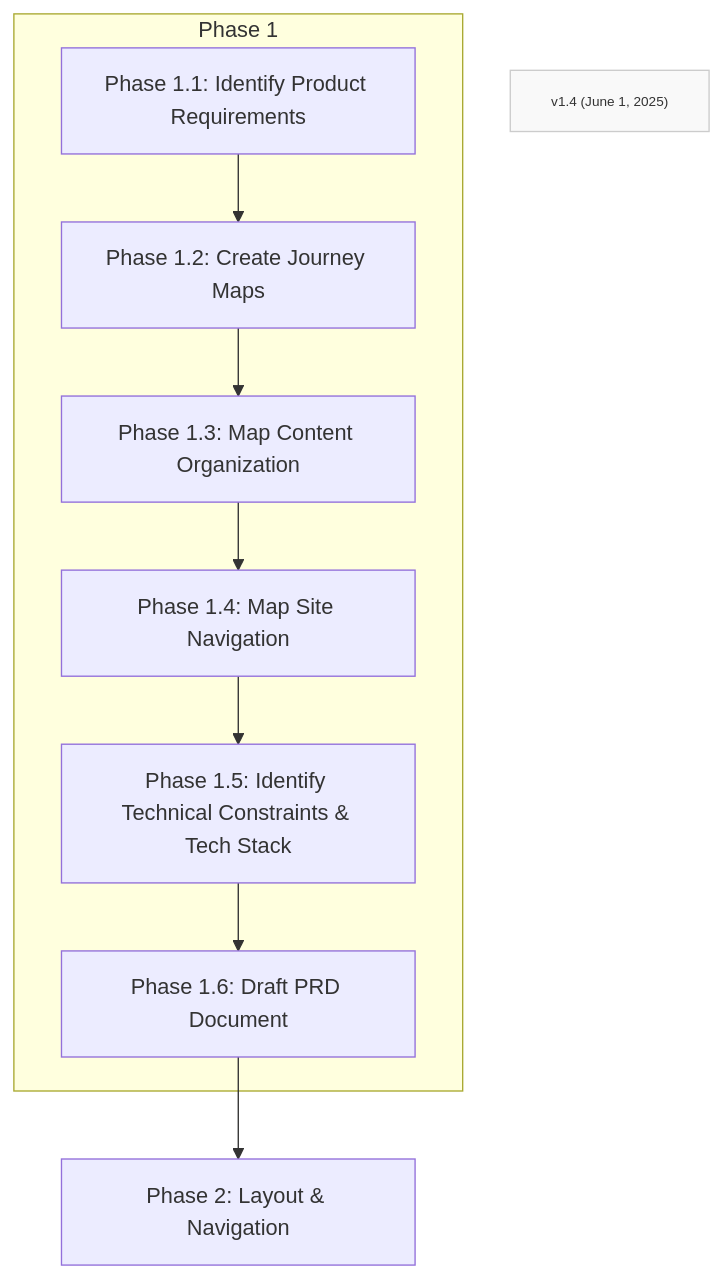
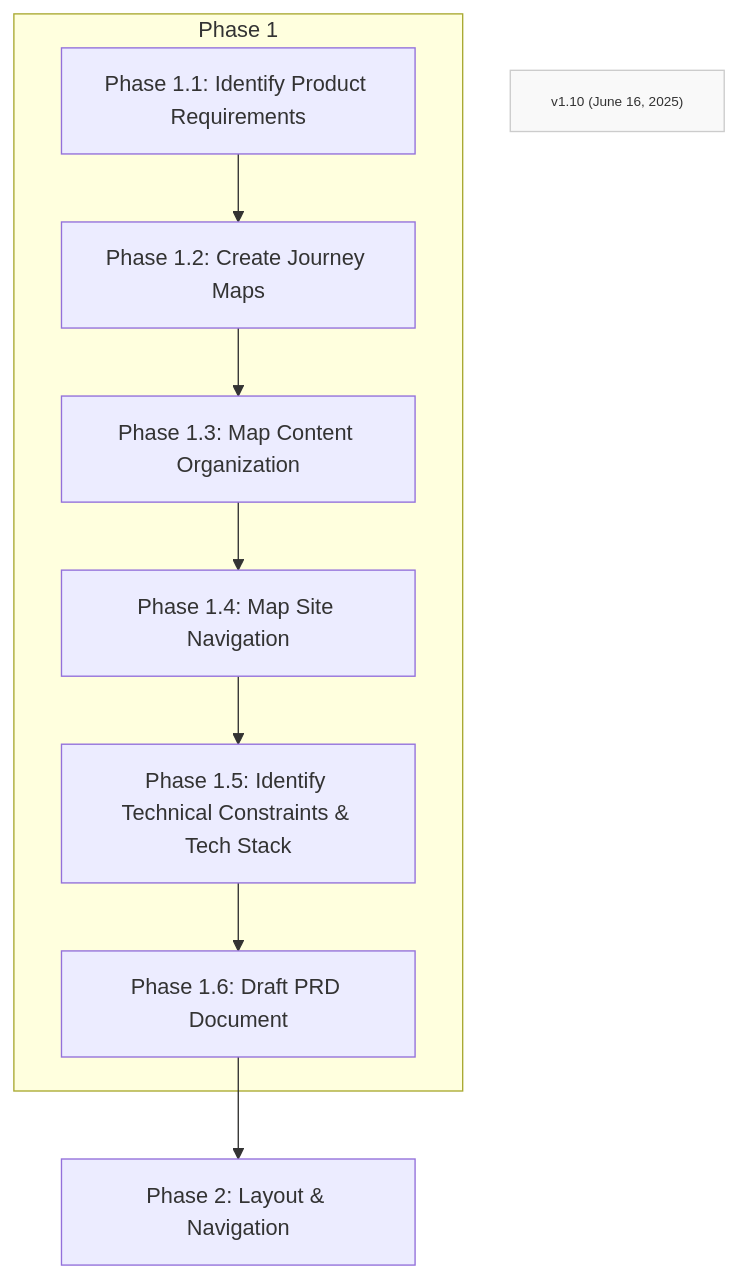
One commit to Mharbulous/Front-First-Method changed the diagram in Phases/FF-phase1.md. Above: the diagram before and after it, drawn with Mermaid.

````diff
--- a/Phases/FF-phase1.md
+++ b/Phases/FF-phase1.md
@@ -1,21 +1,21 @@
 ```mermaid
 graph TD
     subgraph Phase1["Phase 1"]
         Phase1_1["Phase 1.1: Identify Product Requirements"] --> Phase1_2
         Phase1_2["Phase 1.2: Create Journey Maps"] --> Phase1_3
         Phase1_3["Phase 1.3: Map Content Organization"] --> Phase1_4
         Phase1_4["Phase 1.4: Map Site Navigation"] --> Phase1_5
         Phase1_5["Phase 1.5: Identify Technical Constraints & Tech Stack"] --> Phase1_6
         Phase1_6["Phase 1.6: Draft PRD Document"]
         
         
     end
     
     Phase2["Phase 2: Layout & Navigation"]
-    Version["v1.4 (June 1, 2025)"]
+    Version["v1.10 (June 16, 2025)"]
     
     Phase1_6 --> Phase2
     
     classDef version fill:#f9f9f9,stroke:#ccc,font-size:10px
     class Version version
 ```
````
